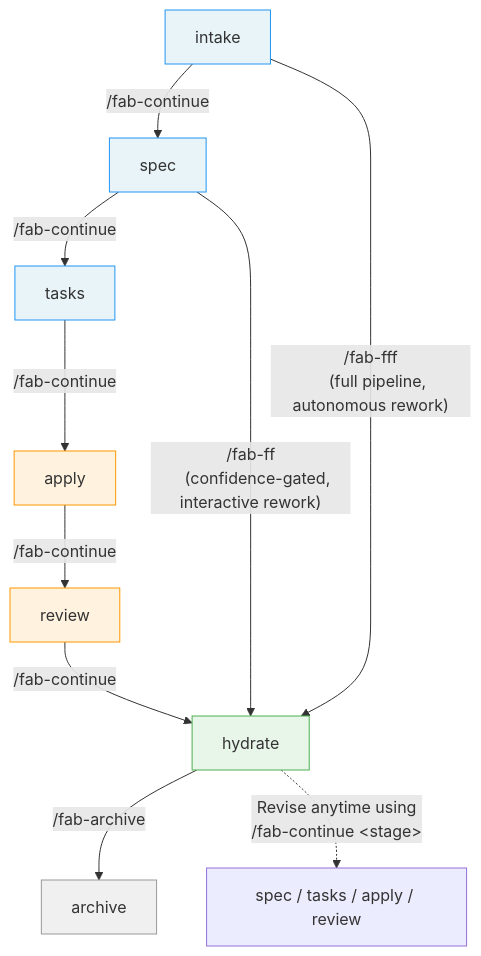
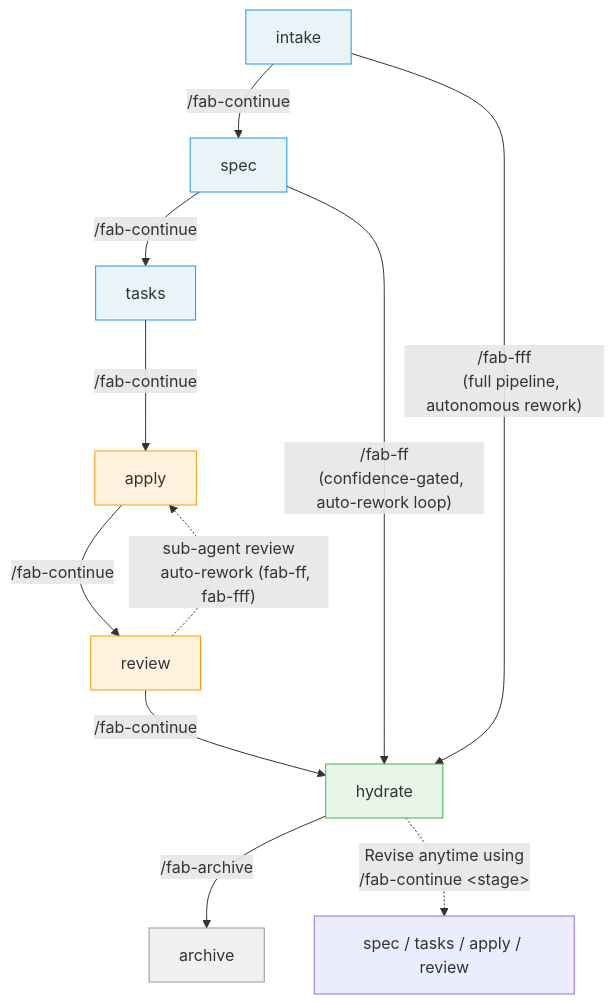
Before and after one commit to sahil87/fab-kit: the second of 5 diagrams in docs/specs/user-flow.md, drawn with Mermaid. The commit also changed other lines of this file and 13 other files, not shown here.

First line of the commit message:
Dispatch review to sub-agent with prioritized findings and auto-rework loop

````diff
--- a/docs/specs/user-flow.md
+++ b/docs/specs/user-flow.md
@@ -38,30 +38,34 @@
 ```mermaid
 flowchart TD
     B[intake] -->|"/fab-continue"| S[spec]
     S -->|"/fab-continue"| T[tasks]
     T -->|"/fab-continue"| A[apply]
     A -->|"/fab-continue"| R[review]
     R -->|"/fab-continue"| H[hydrate]
 
     %% Post-pipeline housekeeping
     H -->|"/fab-archive"| AR[archive]
 
     %% Shortcuts (full pipeline, from spec onward)
     S -->|"/fab-ff
-    (confidence-gated, interactive rework)"| H
+    (confidence-gated, auto-rework loop)"| H
     B -->|"/fab-fff
     (full pipeline, autonomous rework)"| H
+
+    %% Apply-review loop (sub-agent review with auto-rework)
+    R -.->|"sub-agent review
+    auto-rework (fab-ff, fab-fff)"| A
 
     %% Rework (reset to any earlier stage)
     H -.->|"Revise anytime using
     /fab-continue &lt;stage&gt;"| REWORK["spec / tasks / apply / review"]
 
     %% Styles
     style B fill:#e8f4f8,stroke:#2196F3
     style S fill:#e8f4f8,stroke:#2196F3
     style T fill:#e8f4f8,stroke:#2196F3
     style A fill:#fff3e0,stroke:#FF9800
     style R fill:#fff3e0,stroke:#FF9800
     style H fill:#e8f5e9,stroke:#4CAF50
     style AR fill:#f0f0f0,stroke:#999
 ```
````
